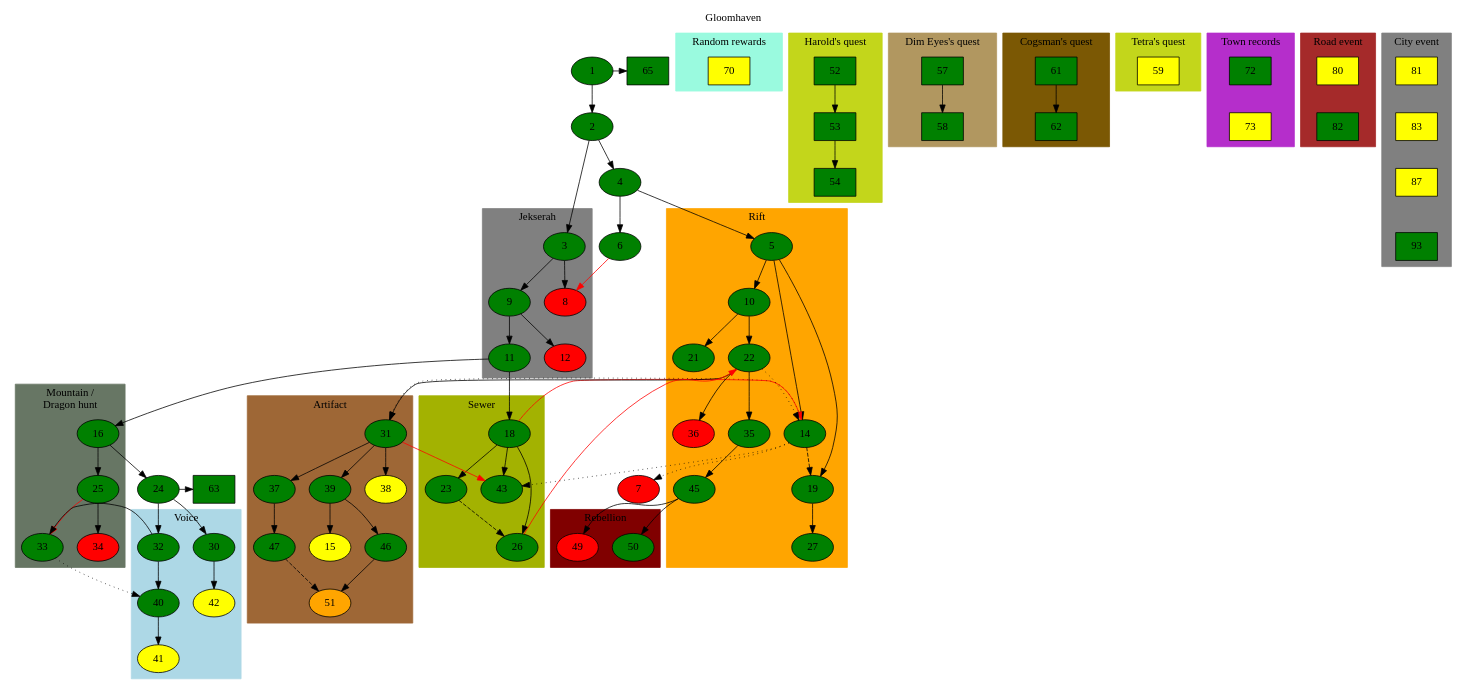
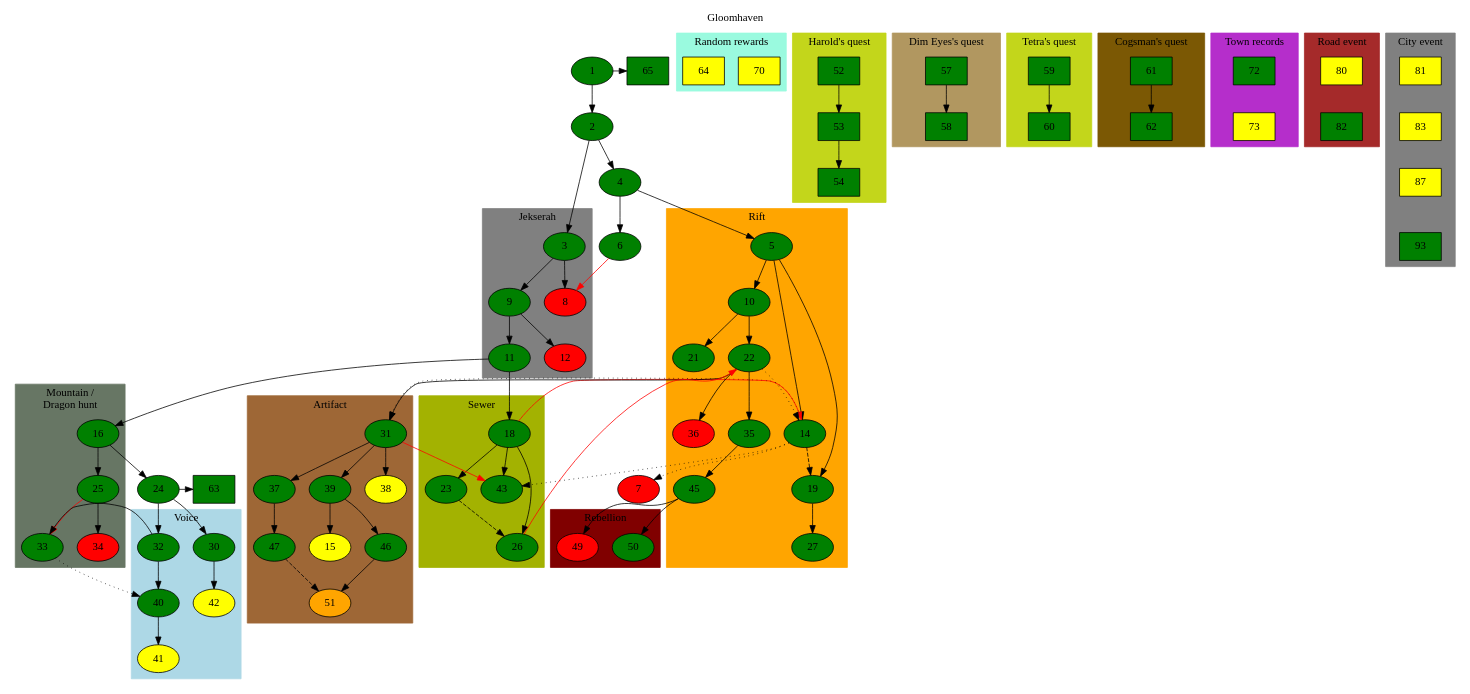
One commit to PickledChris/gloomhaven-scenario-tracking changed the diagram in scenarios.dot. Above: the diagram before and after it, drawn with Graphviz. The commit also changed 1 other file, not shown here.

```diff
--- a/scenarios.dot
+++ b/scenarios.dot
@@ -1,195 +1,196 @@
 digraph world {
 	label="Gloomhaven";
 	labelloc="top";
 
 	# Normal, completed
 	1,2,3,4,5,6,9,10,11,14,16,18,19,21,22,23,24,25,26,27,30,
 	31,32,33,35,37,39,40,43,45,46,47,50 [style=filled fillcolor="green"];
 	# Normal, incomplete
 	15,38,41,42,70 [style=filled fillcolor="yellow"];
 	# Normal, incomplete, requirements not met
 	51 [style=filled fillcolor="orange"];
 	# Normal, uncompletable
 	7,8,12,34,36,49[style=filled fillcolor="red"];
 	# Completed, casual
 	# 7
 	# "Unlocked" in casual
 	# 20
 
 	# Side, completed
 	## Personal quest
-	52,53,54,57,58,61,62 [style=filled fillcolor="green" shape=box]; 
-	59 [style=filled fillcolor="yellow" shape=box]; 
+	52,53,54,57,58,59,60,61,62 [style=filled fillcolor="green" shape=box]; 
+	//[style=filled fillcolor="yellow" shape=box]; 
 	63,65 [style=filled fillcolor="green" shape=box]; 
-	70 [style=filled fillcolor="yellow" shape=box]; 
+	64, 70 [style=filled fillcolor="yellow" shape=box]; 
 	{rank=same; 1 65;}
 	{rank=same; 24 63;}
 	# Town records, road, city events
 	# Complete
 	72,82,93 [style=filled fillcolor="green" shape=box]; 
 	# Incomplete
 	73,80,81,83,87 [style=filled fillcolor="yellow" shape=box]; 
 
 	1 -> 2;
 	1 -> 65;
 
 	2 -> 3;
 	2 -> 4;
 	4 -> 5;
 	4 -> 6;
 	6 -> 8 [color="red"];
 	14 -> 7 [style="dotted"]; # Reference
 	14 -> 31 [style="dotted"]; # Reference
 	14 -> 43 [style="dotted"]; # Reference
 	11 -> 16;
 	11 -> 18;
 	18 -> 14 [color="red"];
 	26 -> 22 [color="red"];
 	23 -> 26 [style="dashed"]; # Unlocked 
 	24 -> 63;
 	31 -> 43 [color="red"]; # Already unlocked 
 
 	subgraph cluster_0 {
 		label = "Jekserah";
 		style = "filled";
 		color = "grey";
 		3 -> 8;
 		3 -> 9;
 		9 -> 11;
 		9 -> 12;
 	}
 
 	subgraph cluster_1 {
 		label = "Rift";
 		style = "filled";
 		color = "orange";
 		5 -> 10;
 		5 -> 14;
 		5 -> 19;
 		14 -> 19 [style="dashed"]; # Unlocks
 		19 -> 27;
 		10 -> 21;
 		10 -> 22;
 		22 -> 14 [style="dotted"]; # Reference
 		22 -> 35;
 		22 -> 36;
 		35 -> 45;
 	}
 
 	subgraph cluster_2 {
 		label = "Mountain / \n Dragon hunt";
 		style = "filled";
 		color = "#677664";
 		16 -> 24;
 		16 -> 25;
 		25 -> 33 [color="red"];
 		25 -> 34;
 	}
 
 	subgraph cluster_3 {
 		label = "Voice";
 		style = "filled";
 		color = "lightblue";
 		24 -> 32;
 		24 -> 30;
 		30 -> 42;
 		32 -> 33;
 		32 -> 40;
 		33 -> 40[style="dotted"]; # Reference
 		40 -> 41;
 	}
 
 	subgraph cluster_4 {
 		label = "Sewer";
 		style = "filled";
 		color = "#a3b201";
 		18 -> 23;
 		18 -> 26;
 		18 -> 43;
 	}
 
 	subgraph cluster_5 {
 		label = "Rebellion";
 		style = "filled";
 		color = "maroon";
 		45 -> 49;
 		45 -> 50;
 	}
 	
 	subgraph cluster_6 {
 		label = "Artifact";
 		style = "filled";
 		color = "#9e6736";
 		22 -> 31;
 		31 -> 37;
 		31 -> 38;
 		31 -> 39;
 		39 -> 46;
 		39 -> 15;
 		46 -> 51;
 		37 -> 47;
 		47 -> 51[style="dashed"]; # Unlocked 
 
 	}
 
 	subgraph cluster_10 {
 		label = "Cogsman's quest";
 		style = "filled";
 		color = "#7b5804";
 		61 -> 62;
 	}
 
 	subgraph cluster_11 {
 		label = "Dim Eyes's quest";
 		style = "filled";
 		color = "#b19760";
 		57-> 58;
 	}
 
 	subgraph cluster_12 {
 		label = "Harold's quest";
 		style = "filled";
 		color = "#C3D61B";
 		52 -> 53;
 		53 -> 54;
 	}
 
 	subgraph cluster_13 {
 		label = "Tetra's quest";
 		style = "filled";
 		color = "#C3D61B";
-		59;
+		59 -> 60;
 	}
 
 	subgraph cluster_20 {
 		label = "City event";
 		style = "filled";
 		color = "grey";
 		81,83,87,93; 
 		81 -> 83 -> 87 -> 93 [style="invis"]; # Stacking hack
 	}
 
 	subgraph cluster_21 {
 		label = "Road event";
 		style = "filled";
 		color = "brown";
 		80, 82;
 		80 -> 82 [style="invis"]; # Stacking hack
 	}
 
 	subgraph cluster_22 {
 		label = "Town records";
 		style = "filled";
 		color = "#b52ecb";
 		72;
 		73;
 		72 -> 73 [style="invis"]; # Stacking hack
 	}
 	
 	subgraph cluster_23 {
 		label = "Random rewards";
 		style = "filled";
 		color = "#9afadf";
+		64;
 		70;
 	}
 }
```
